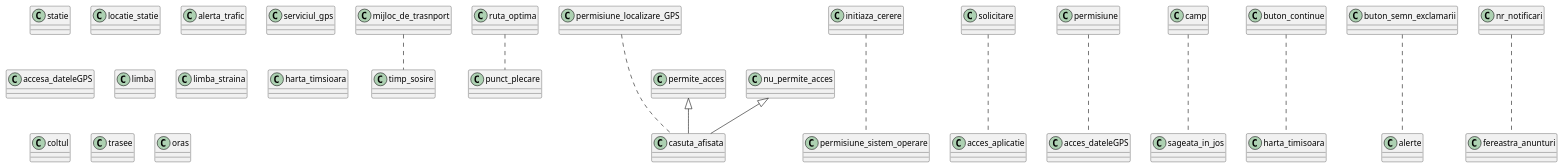
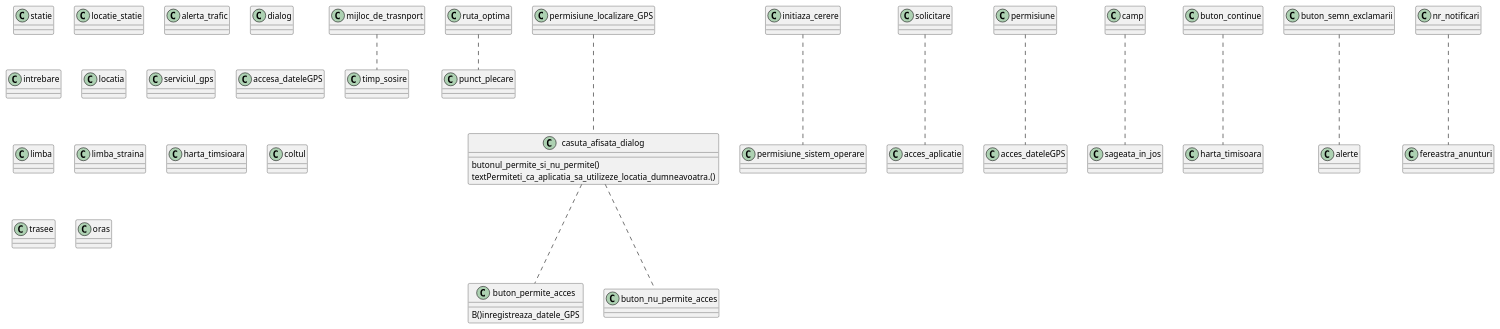
Before and after one commit to DamarisRebeca/ExtraRatt2: the diagram in ExtraClass.puml, drawn with PlantUML. The commit also changed 1 other file, not shown here.

```diff
--- a/ExtraClass.puml
+++ b/ExtraClass.puml
@@ -1,69 +1,80 @@
 @startuml
 'https://plantuml.com/class-diagram/class-diagram
 
 
 class mijloc_de_trasnport {}
 class timp_sosire {}
 class statie {}
 class locatie_statie {}
 class ruta_optima {}
 class punct_plecare {}
 class alerta_trafic
 
 ruta_optima..punct_plecare
 mijloc_de_trasnport .. timp_sosire
 
 class permisiune_localizare_GPS
-class casuta_afisata
-class permite_acces
-class nu_permite_acces
+class dialog{}
+class casuta_afisata_dialog{
+butonul_permite_si_nu_permite()
+textPermiteti_ca_aplicatia_sa_utilizeze_locatia_dumneavoatra.()
+}
+class buton_permite_acces{
 
-permisiune_localizare_GPS...casuta_afisata
-class casuta_afisata extends permite_acces,nu_permite_acces
+B()inregistreaza_datele_GPS
 
+}
+class buton_nu_permite_acces{}
+class intrebare
+class locatia
+
+permisiune_localizare_GPS...casuta_afisata_dialog
+casuta_afisata_dialog... buton_permite_acces
+casuta_afisata_dialog... buton_nu_permite_acces
 class initiaza_cerere
 class permisiune_sistem_operare
 class solicitare
 class serviciul_gps
 class acces_aplicatie
+
 
 initiaza_cerere...permisiune_sistem_operare
 solicitare ... acces_aplicatie
 
  class permisiune
  class accesa_dateleGPS
  class limba
  class camp
  class sageata_in_jos
  class limba_straina
  class buton_continue
  class harta_timsioara
 
 
 camp...sageata_in_jos
 permisiune...acces_dateleGPS
 buton_continue...harta_timisoara
 
 class coltul
 class buton_semn_exclamarii
 class alerte
 class trasee
 class oras
 class nr_notificari
 class fereastra_anunturi
 
 nr_notificari...fereastra_anunturi
 
 
 buton_semn_exclamarii...alerte
 
 
 
 
 
 
 
 
 
 
 @enduml
```
